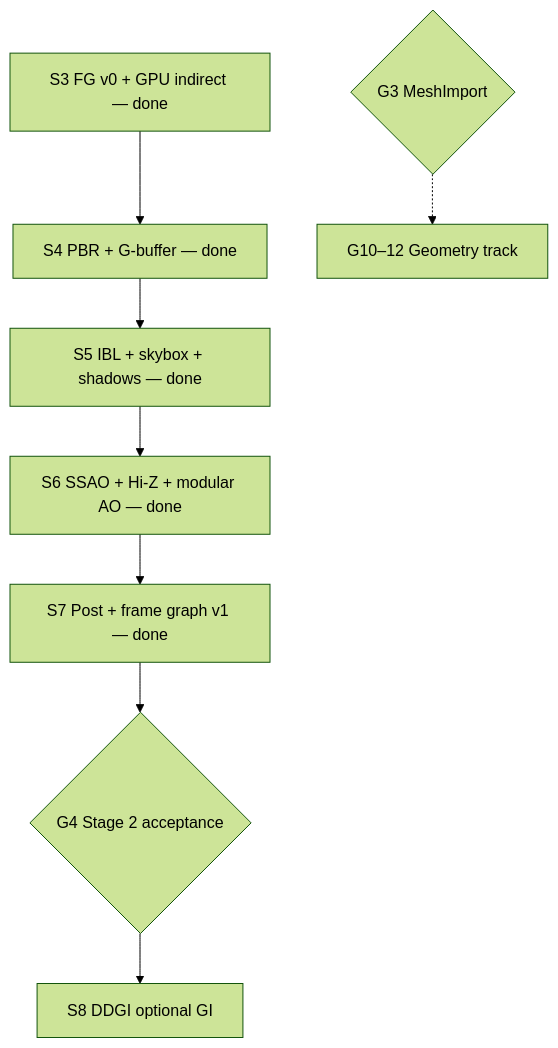
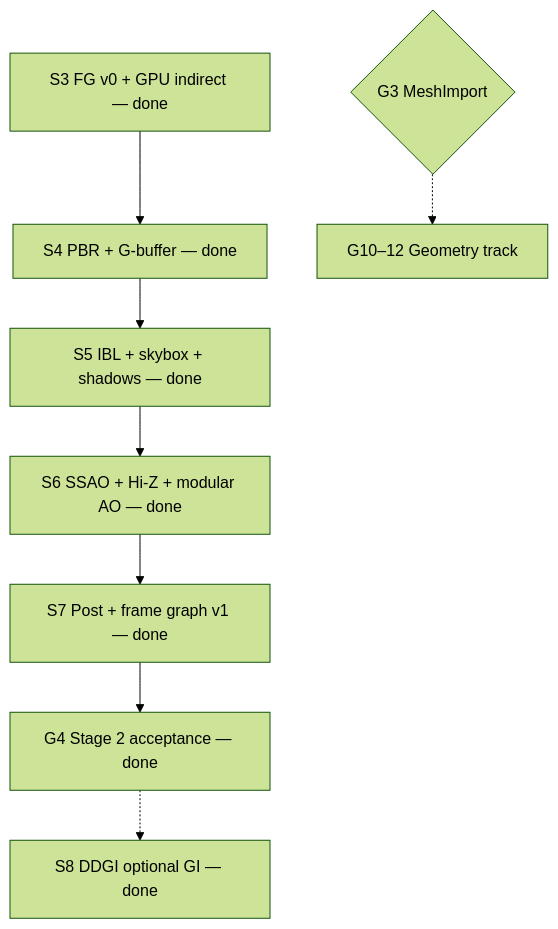
One commit to PluseggWill/SiriusEngine_VulkanReboot changed the diagram in Docs/Active-Plan.md. Above: the diagram before and after it, drawn with Mermaid (forest theme). The commit also changed other lines of this file and 42 other files, not shown here.

````diff
--- a/Docs/Active-Plan.md
+++ b/Docs/Active-Plan.md
@@ -40,16 +26,17 @@
 ```mermaid
 flowchart TB
   S3[S3 FG v0 + GPU indirect — done]
   S4[S4 PBR + G-buffer — done]
   S5[S5 IBL + skybox + shadows — done]
   S6[S6 SSAO + Hi-Z + modular AO — done]
   S7[S7 Post + frame graph v1 — done]
-  G4{G4 Stage 2 acceptance}
-  S8[S8 DDGI optional GI]
+  G4[G4 Stage 2 acceptance — done]
+  S8[S8 DDGI optional GI — done]
 
-  S3 --> S4 --> S5 --> S6 --> S7 --> G4 --> S8
+  S3 --> S4 --> S5 --> S6 --> S7 --> G4
+  G4 -.-> S8
 
   GEO[G10–12 Geometry track]
   G3{G3 MeshImport}
   G3 -.-> GEO
 ```
````
